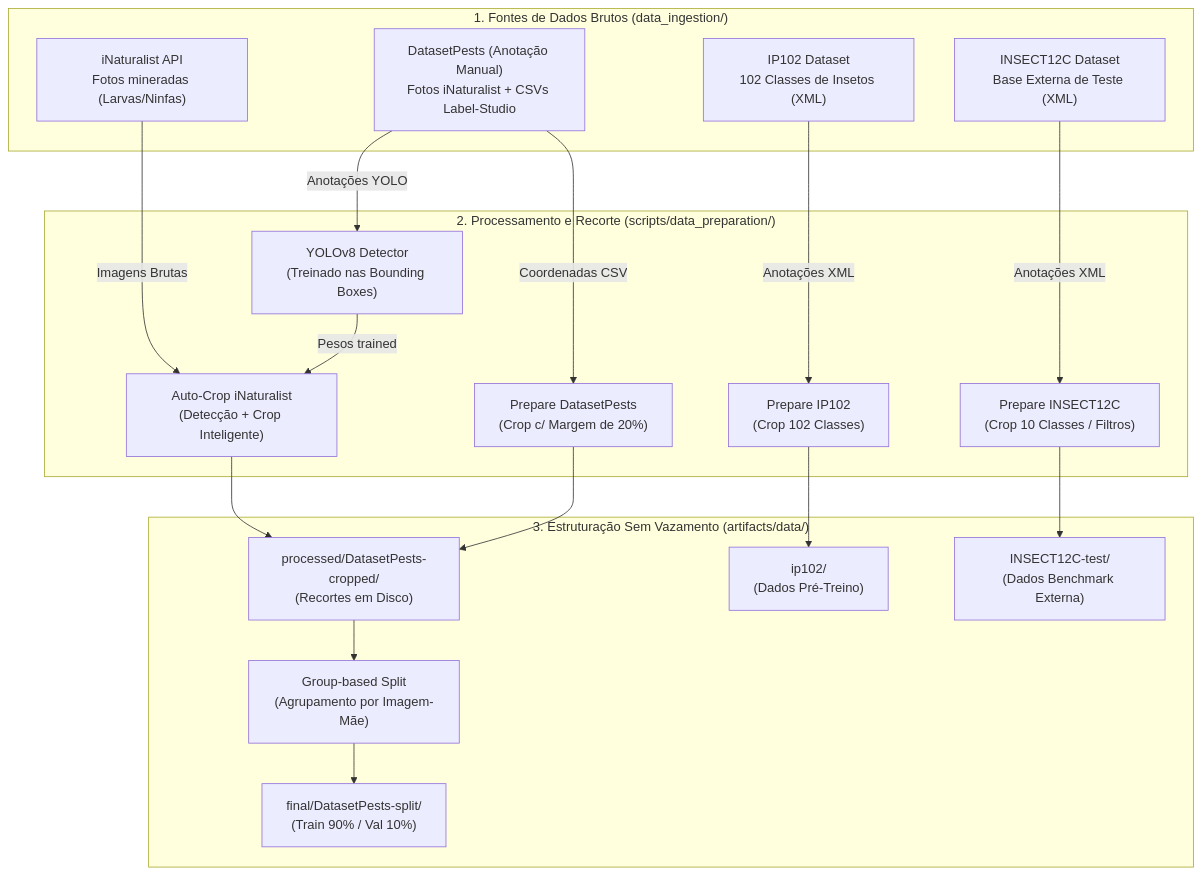
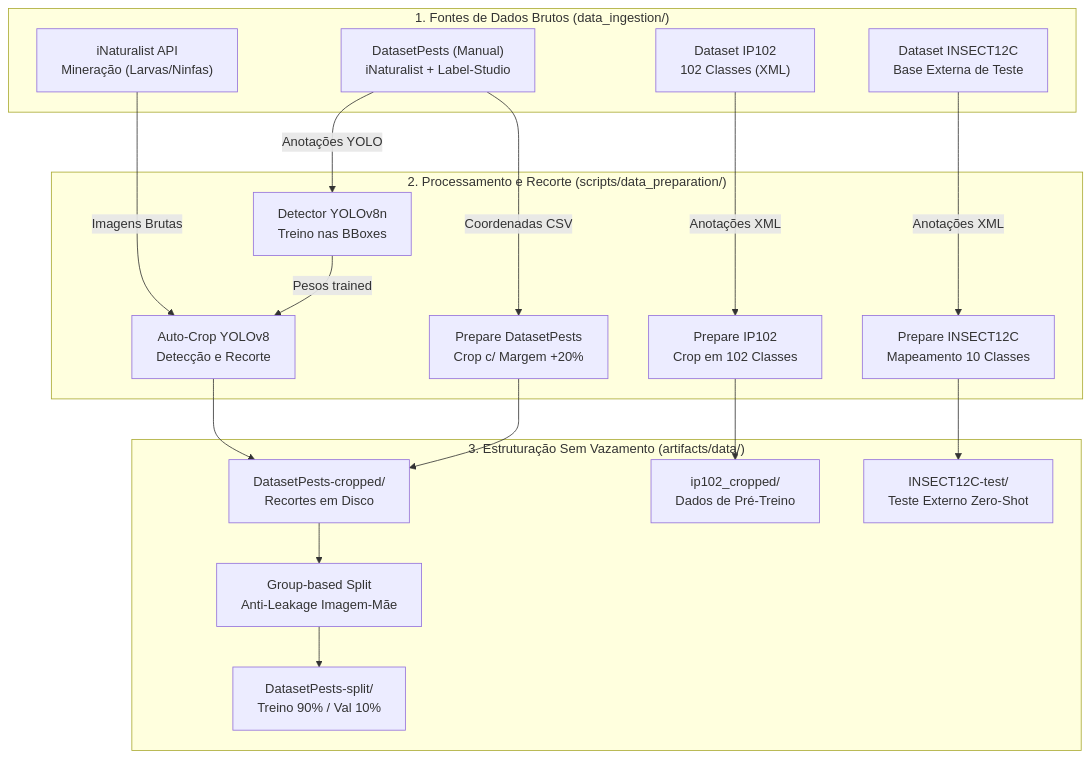
Before and after one commit to nanshibukawa/soybean-leaf-pest-damage: the diagram in docs/03_preparacao_dados/01_pipeline_preprocessamento.md, drawn with Mermaid. The commit also changed 1 other file, not shown here.

Commit message:
docs: fix Mermaid diagram text clipping with br tags and balanced lines

````diff
--- a/docs/03_preparacao_dados/01_pipeline_preprocessamento.md
+++ b/docs/03_preparacao_dados/01_pipeline_preprocessamento.md
@@ -11,39 +11,39 @@
 ```mermaid
 flowchart TD
     subgraph INGESTAO ["1. Fontes de Dados Brutos (data_ingestion/)"]
-        A1["DatasetPests (Anotação Manual)\nFotos iNaturalist + CSVs Label-Studio"]
-        A2["iNaturalist API\nFotos mineradas (Larvas/Ninfas)"]
-        A3["IP102 Dataset\n102 Classes de Insetos (XML)"]
-        A4["INSECT12C Dataset\nBase Externa de Teste (XML)"]
+        A1["DatasetPests (Manual)<br/>iNaturalist + Label-Studio"]
+        A2["iNaturalist API<br/>Mineração (Larvas/Ninfas)"]
+        A3["Dataset IP102<br/>102 Classes (XML)"]
+        A4["Dataset INSECT12C<br/>Base Externa de Teste"]
     end
 
     subgraph PREPROC ["2. Processamento e Recorte (scripts/data_preparation/)"]
-        B1["YOLOv8 Detector\n(Treinado nas Bounding Boxes)"]
-        B2["Auto-Crop iNaturalist\n(Detecção + Crop Inteligente)"]
-        B3["Prepare DatasetPests\n(Crop c/ Margem de 20%)"]
-        B4["Prepare IP102\n(Crop 102 Classes)"]
-        B5["Prepare INSECT12C\n(Crop 10 Classes / Filtros)"]
+        B1["Detector YOLOv8n<br/>Treino nas BBoxes"]
+        B2["Auto-Crop YOLOv8<br/>Detecção e Recorte"]
+        B3["Prepare DatasetPests<br/>Crop c/ Margem +20%"]
+        B4["Prepare IP102<br/>Crop em 102 Classes"]
+        B5["Prepare INSECT12C<br/>Mapeamento 10 Classes"]
     end
 
     subgraph DIVISION ["3. Estruturação Sem Vazamento (artifacts/data/)"]
-        C1["processed/DatasetPests-cropped/\n(Recortes em Disco)"]
-        C2["Group-based Split\n(Agrupamento por Imagem-Mãe)"]
-        C3["final/DatasetPests-split/\n(Train 90% / Val 10%)"]
-        C4["ip102/\n(Dados Pré-Treino)"]
-        C5["INSECT12C-test/\n(Dados Benchmark Externa)"]
+        C1["DatasetPests-cropped/<br/>Recortes em Disco"]
+        C2["Group-based Split<br/>Anti-Leakage Imagem-Mãe"]
+        C3["DatasetPests-split/<br/>Treino 90% / Val 10%"]
+        C4["ip102_cropped/<br/>Dados de Pré-Treino"]
+        C5["INSECT12C-test/<br/>Teste Externo Zero-Shot"]
     end
 
     A1 -->|Anotações YOLO| B1
     A2 -->|Imagens Brutas| B2
     B1 -->|Pesos trained| B2
     A1 -->|Coordenadas CSV| B3
     A3 -->|Anotações XML| B4
     A4 -->|Anotações XML| B5
 
     B2 --> C1
     B3 --> C1
     C1 --> C2
     C2 --> C3
     B4 --> C4
     B5 --> C5
 ```
````
